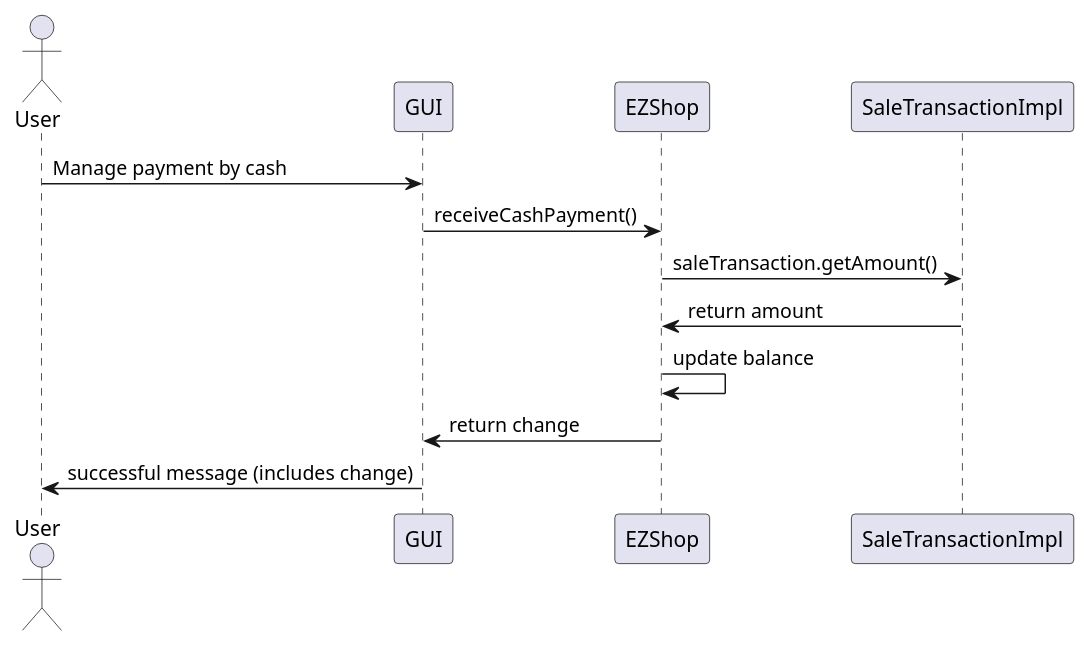
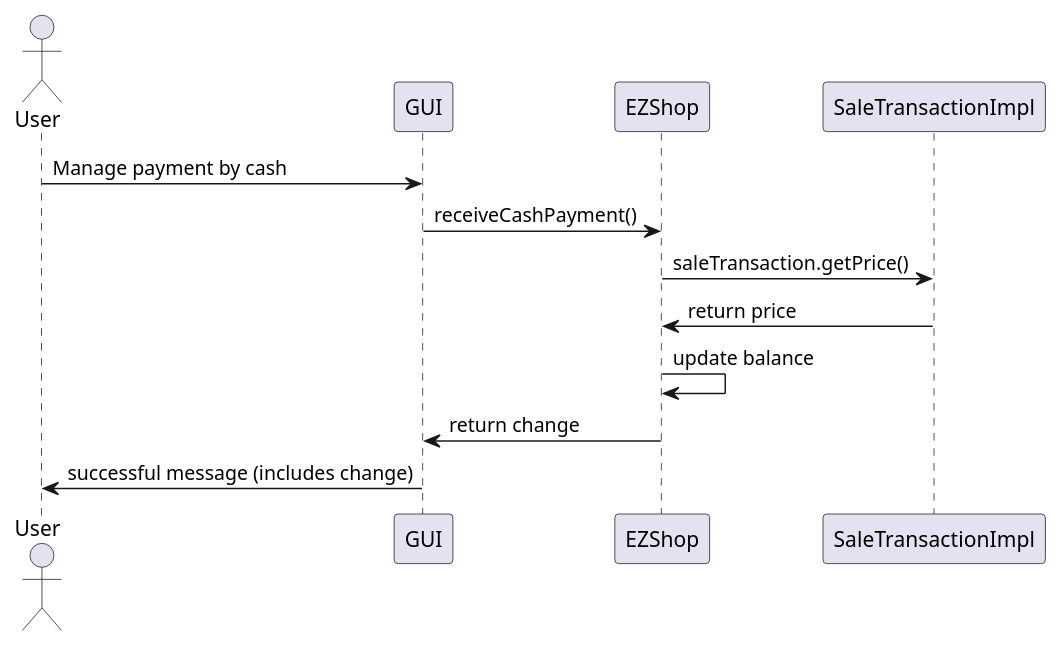
Diagram 16 of 19 in Deliverables/DesignDocument.md (ThePiromaximus/ezshop), drawn with PlantUML before and after one commit. The commit also changed other lines of this file, not shown here.

````diff
--- a/Deliverables/DesignDocument.md
+++ b/Deliverables/DesignDocument.md
@@ -517,12 +519,12 @@
 ```plantuml
 @startuml
 Actor User as U
 U -> GUI: Manage payment by cash
 GUI -> EZShop: receiveCashPayment()
-EZShop -> SaleTransactionImpl: saleTransaction.getAmount()
-EZShop <- SaleTransactionImpl: return amount
+EZShop -> SaleTransactionImpl: saleTransaction.getPrice()
+EZShop <- SaleTransactionImpl: return price
 EZShop -> EZShop: update balance
 GUI <- EZShop: return change
 U <- GUI: successful message (includes change)
 @enduml
 ```
````
